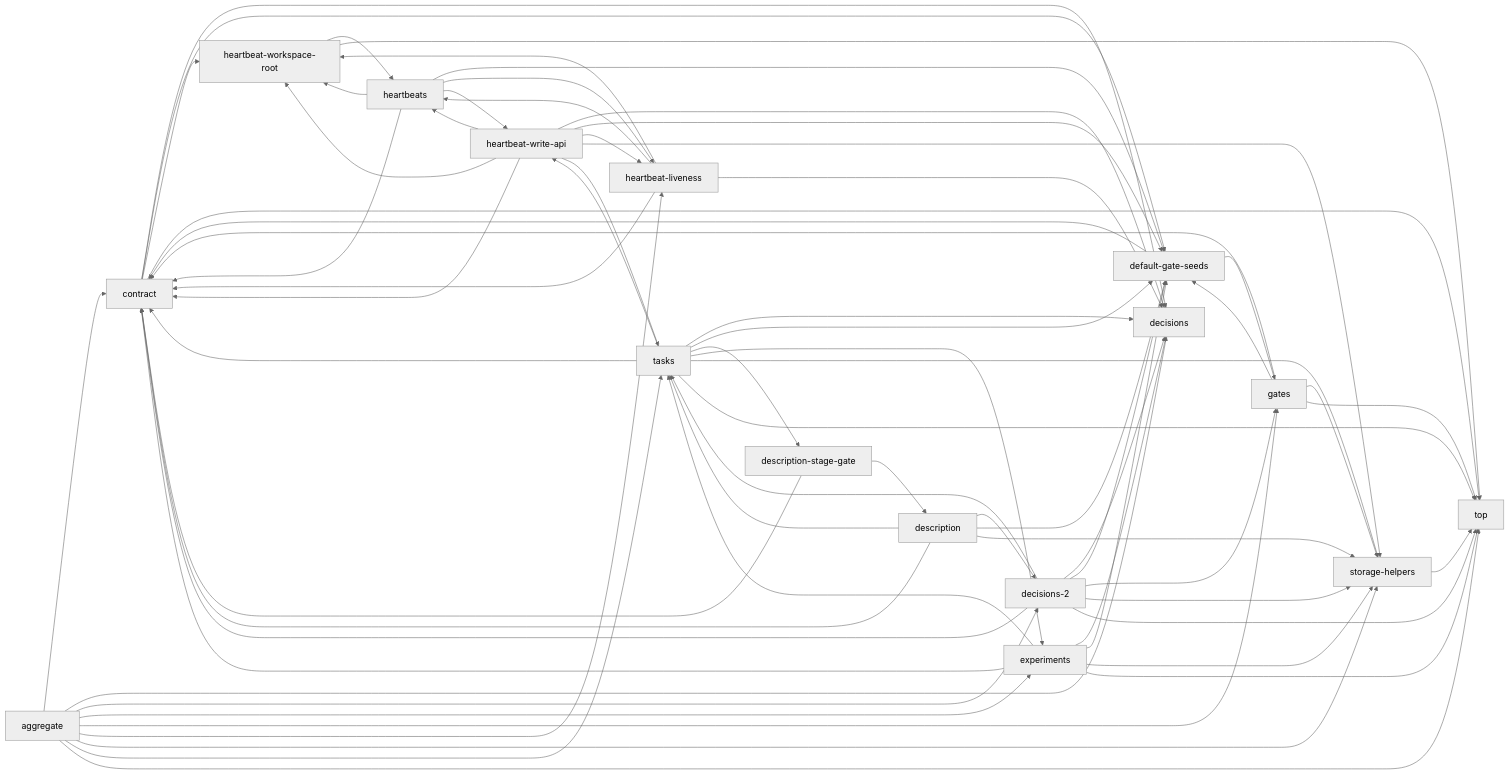
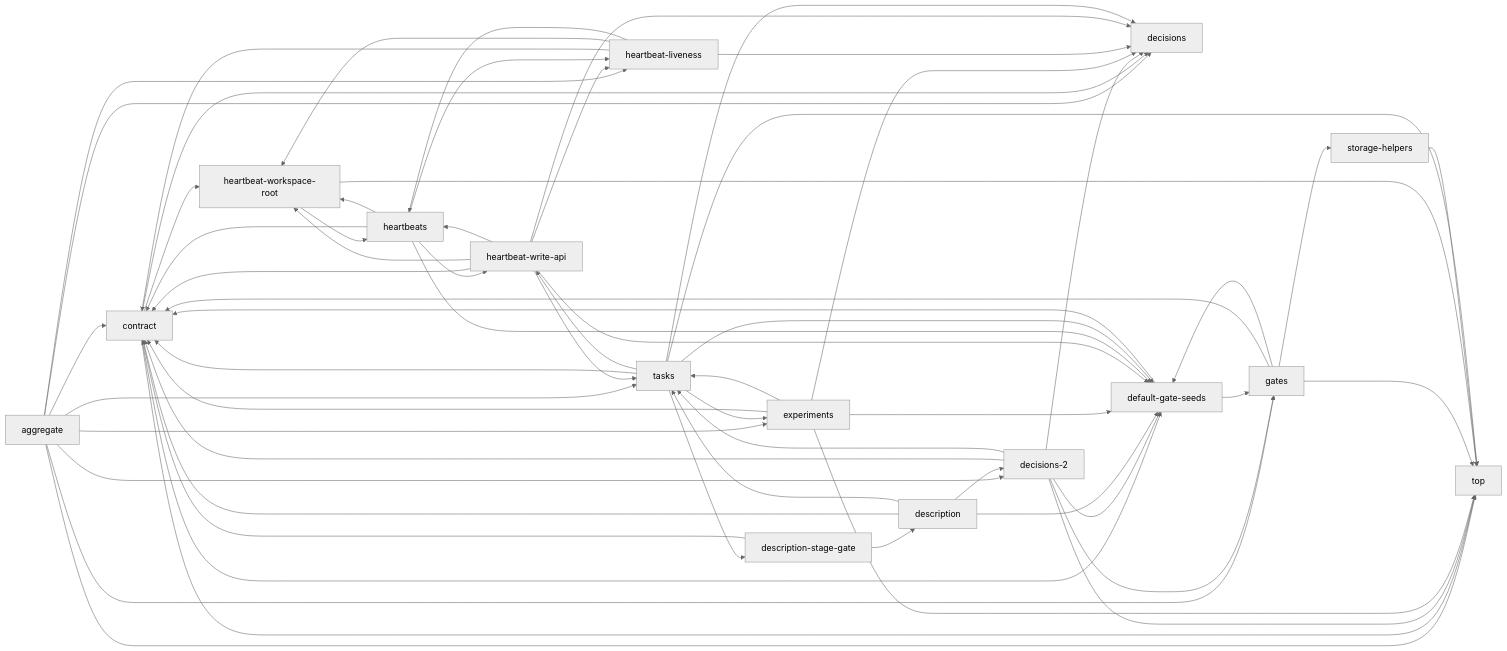
Before and after one commit to Han-Haocheng/project-flow: the fourth of 12 diagrams in docs/project-description.md, drawn with Mermaid (neutral theme). The commit also changed other lines of this file and 5 other files, not shown here.

````diff
--- a/docs/project-description.md
+++ b/docs/project-description.md
@@ -351,70 +360,64 @@
 ```mermaid
 graph LR
   m13["aggregate"] --> m2["contract"]
   m13["aggregate"] --> m1["decisions"]
   m13["aggregate"] --> m8["decisions-2"]
   m13["aggregate"] --> m5["experiments"]
   m13["aggregate"] --> m7["gates"]
   m13["aggregate"] --> m11["heartbeat-liveness"]
-  m13["aggregate"] --> m4["storage-helpers"]
   m13["aggregate"] --> m6["tasks"]
   m13["aggregate"] --> m0["top"]
   m2["contract"] --> m1["decisions"]
   m2["contract"] --> m3["default-gate-seeds"]
   m2["contract"] --> m10["heartbeat-workspace-root"]
   m2["contract"] --> m0["top"]
   m8["decisions-2"] --> m2["contract"]
   m8["decisions-2"] --> m1["decisions"]
   m8["decisions-2"] --> m3["default-gate-seeds"]
   m8["decisions-2"] --> m7["gates"]
-  m8["decisions-2"] --> m4["storage-helpers"]
   m8["decisions-2"] --> m6["tasks"]
   m8["decisions-2"] --> m0["top"]
   m3["default-gate-seeds"] --> m2["contract"]
   m3["default-gate-seeds"] --> m7["gates"]
   m14["description"] --> m2["contract"]
   m14["description"] --> m8["decisions-2"]
   m14["description"] --> m3["default-gate-seeds"]
-  m14["description"] --> m4["storage-helpers"]
   m14["description"] --> m6["tasks"]
   m15["description-stage-gate"] --> m2["contract"]
   m15["description-stage-gate"] --> m14["description"]
   m5["experiments"] --> m2["contract"]
   m5["experiments"] --> m1["decisions"]
   m5["experiments"] --> m3["default-gate-seeds"]
-  m5["experiments"] --> m4["storage-helpers"]
   m5["experiments"] --> m6["tasks"]
   m5["experiments"] --> m0["top"]
   m7["gates"] --> m2["contract"]
   m7["gates"] --> m3["default-gate-seeds"]
   m7["gates"] --> m4["storage-helpers"]
   m7["gates"] --> m0["top"]
   m11["heartbeat-liveness"] --> m2["contract"]
   m11["heartbeat-liveness"] --> m1["decisions"]
   m11["heartbeat-liveness"] --> m10["heartbeat-workspace-root"]
   m11["heartbeat-liveness"] --> m9["heartbeats"]
   m10["heartbeat-workspace-root"] --> m9["heartbeats"]
   m10["heartbeat-workspace-root"] --> m0["top"]
   m12["heartbeat-write-api"] --> m2["contract"]
   m12["heartbeat-write-api"] --> m1["decisions"]
   m12["heartbeat-write-api"] --> m3["default-gate-seeds"]
   m12["heartbeat-write-api"] --> m11["heartbeat-liveness"]
   m12["heartbeat-write-api"] --> m10["heartbeat-workspace-root"]
   m12["heartbeat-write-api"] --> m9["heartbeats"]
-  m12["heartbeat-write-api"] --> m4["storage-helpers"]
   m12["heartbeat-write-api"] --> m6["tasks"]
   m9["heartbeats"] --> m2["contract"]
   m9["heartbeats"] --> m3["default-gate-seeds"]
   m9["heartbeats"] --> m11["heartbeat-liveness"]
   m9["heartbeats"] --> m10["heartbeat-workspace-root"]
   m9["heartbeats"] --> m12["heartbeat-write-api"]
   m4["storage-helpers"] --> m0["top"]
   m6["tasks"] --> m2["contract"]
   m6["tasks"] --> m1["decisions"]
   m6["tasks"] --> m3["default-gate-seeds"]
   m6["tasks"] --> m15["description-stage-gate"]
   m6["tasks"] --> m5["experiments"]
   m6["tasks"] --> m12["heartbeat-write-api"]
-  m6["tasks"] --> m4["storage-helpers"]
   m6["tasks"] --> m0["top"]
 ```
````
